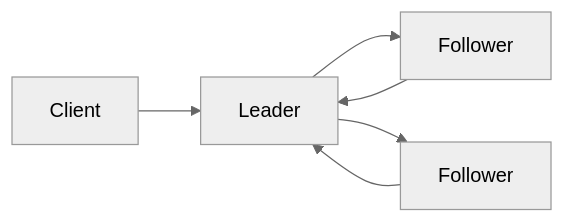
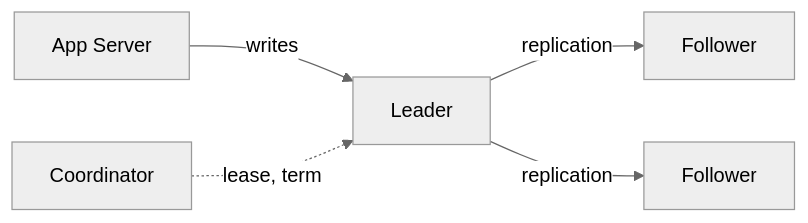
The diagram in public/content/components/leader.md (Prateesh-Sulikeri/ScaleCraft), drawn with Mermaid (neutral theme) before and after one commit. The commit also changed other lines of this file and 32 other files, not shown here.

````diff
--- a/public/content/components/leader.md
+++ b/public/content/components/leader.md
@@ -48,8 +45,7 @@
 ```mermaid
 graph LR
-    A[Client] --> B[Leader]
-    B --> C[Follower]
-    B --> D[Follower]
-    C --> B
-    D --> B
+    A[App Server] -->|writes| L[Leader]
+    L -->|replication| F1[Follower]
+    L -->|replication| F2[Follower]
+    C[Coordinator] -.->|lease, term| L
 ```
````
